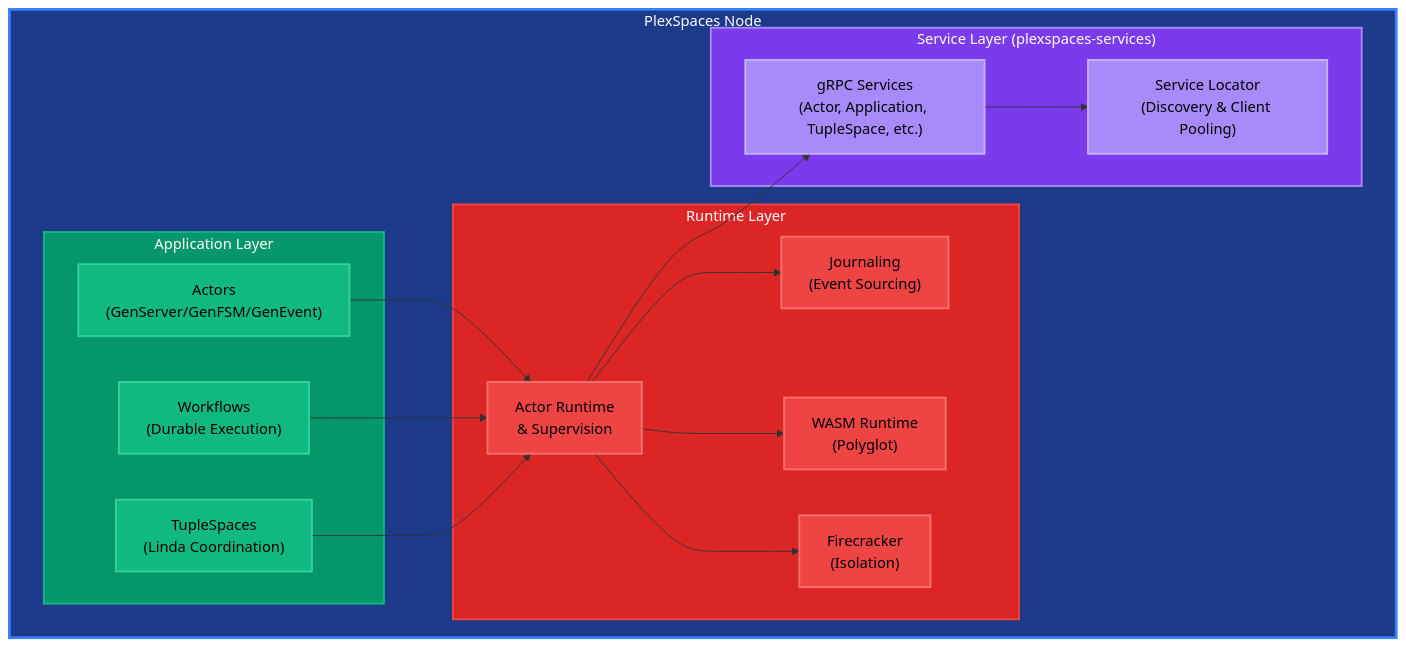
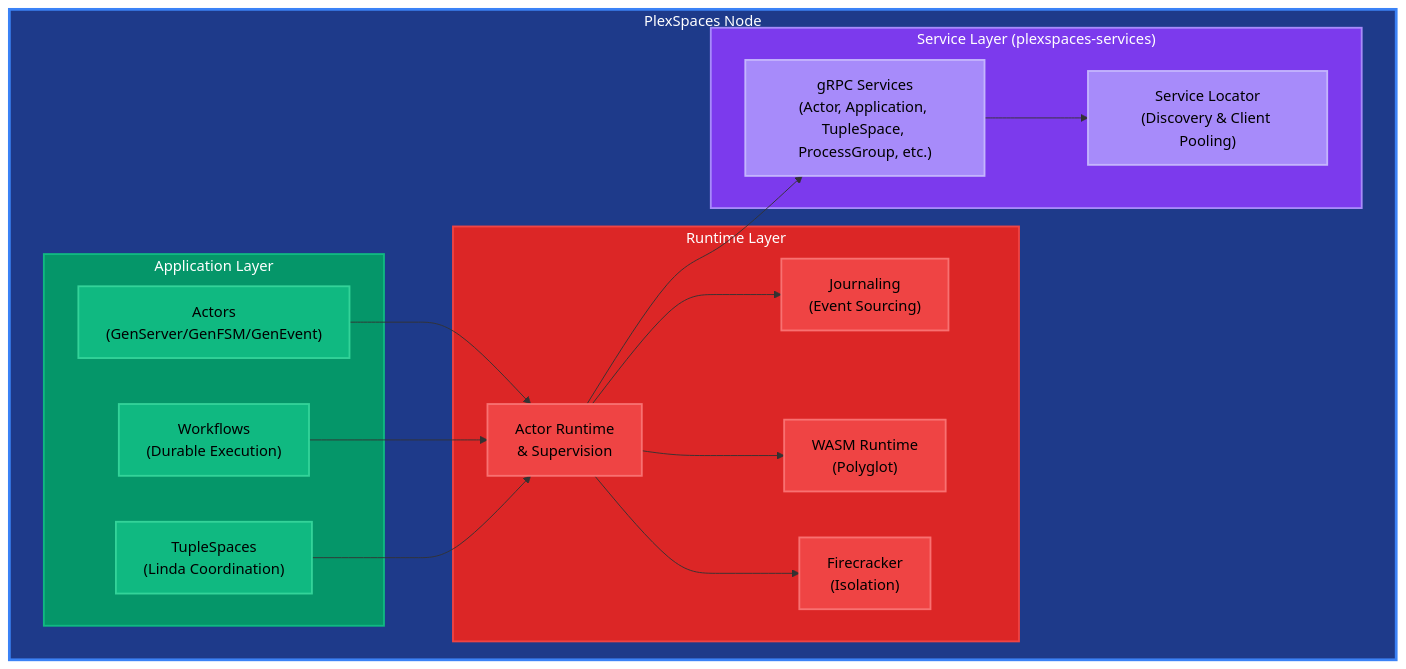
Before and after one commit to bhatti/PlexSpaces: the seventh of 15 diagrams in docs/architecture.md, drawn with Mermaid. The commit also changed other lines of this file and 234 other files, not shown here.

Commit message:
Adding initial support for process-group based pub/sub

````diff
--- a/docs/architecture.md
+++ b/docs/architecture.md
@@ -238,45 +238,45 @@
 ```mermaid
 graph TB
     subgraph Node["PlexSpaces Node"]
         subgraph AppLayer["Application Layer"]
             Actors["Actors<br/>(GenServer/GenFSM/GenEvent)"]
             Workflows["Workflows<br/>(Durable Execution)"]
             TupleSpaces["TupleSpaces<br/>(Linda Coordination)"]
         end
         
         subgraph RuntimeLayer["Runtime Layer"]
             ActorRuntime["Actor Runtime<br/>& Supervision"]
             Journaling["Journaling<br/>(Event Sourcing)"]
             WASMRuntime["WASM Runtime<br/>(Polyglot)"]
             Firecracker["Firecracker<br/>(Isolation)"]
         end
         
         subgraph ServiceLayer["Service Layer (plexspaces-services)"]
-            GRPCServices["gRPC Services<br/>(Actor, Application, TupleSpace, etc.)"]
+            GRPCServices["gRPC Services<br/>(Actor, Application, TupleSpace, ProcessGroup, etc.)"]
             ServiceLocator["Service Locator<br/>(Discovery & Client Pooling)"]
         end
     end
     
     Actors --> ActorRuntime
     Workflows --> ActorRuntime
     TupleSpaces --> ActorRuntime
     ActorRuntime --> Journaling
     ActorRuntime --> WASMRuntime
     ActorRuntime --> Firecracker
     ActorRuntime --> GRPCServices
     GRPCServices --> ServiceLocator
     
     style Node fill:#1e3a8a,stroke:#3b82f6,stroke-width:3px,color:#fff
     style AppLayer fill:#059669,stroke:#10b981,stroke-width:2px,color:#fff
     style RuntimeLayer fill:#dc2626,stroke:#ef4444,stroke-width:2px,color:#fff
     style ServiceLayer fill:#7c3aed,stroke:#a78bfa,stroke-width:2px,color:#fff
     style Actors fill:#10b981,stroke:#34d399,stroke-width:2px,color:#000
     style Workflows fill:#10b981,stroke:#34d399,stroke-width:2px,color:#000
     style TupleSpaces fill:#10b981,stroke:#34d399,stroke-width:2px,color:#000
     style ActorRuntime fill:#ef4444,stroke:#f87171,stroke-width:2px,color:#000
     style Journaling fill:#ef4444,stroke:#f87171,stroke-width:2px,color:#000
     style WASMRuntime fill:#ef4444,stroke:#f87171,stroke-width:2px,color:#000
     style Firecracker fill:#ef4444,stroke:#f87171,stroke-width:2px,color:#000
     style GRPCServices fill:#a78bfa,stroke:#c4b5fd,stroke-width:2px,color:#000
     style ServiceLocator fill:#a78bfa,stroke:#c4b5fd,stroke-width:2px,color:#000
 ```
````
